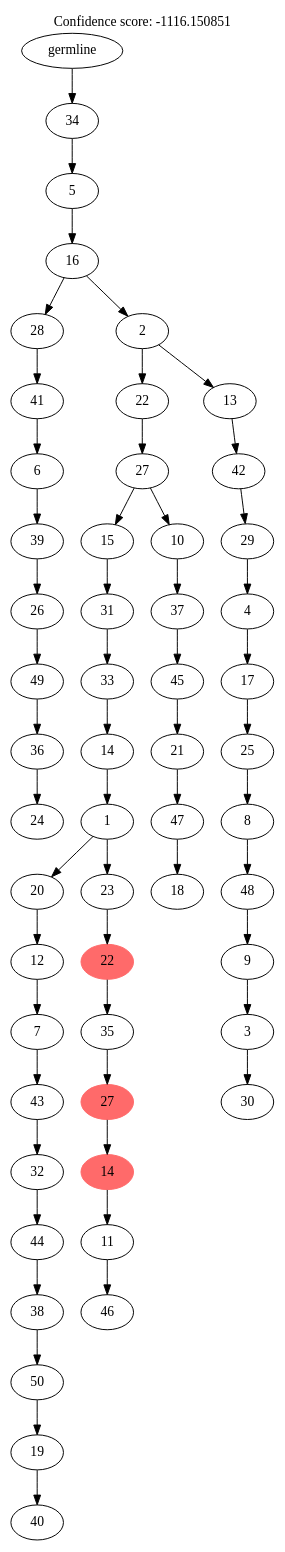
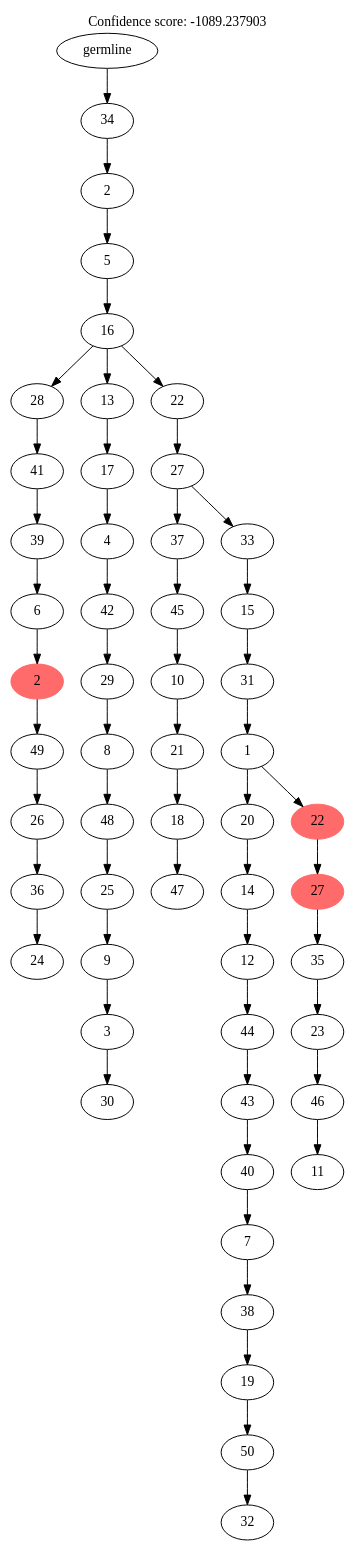
The diagram in data/exp2/sim_22_scs.sasc.mlt.gv (sciccolella/reSASC_supplements), drawn with Graphviz before and after one commit. The commit also changed 659 other files, not shown here.

```diff
--- a/data/exp2/sim_22_scs.sasc.mlt.gv
+++ b/data/exp2/sim_22_scs.sasc.mlt.gv
@@ -1,111 +1,111 @@
 digraph g {
 	"52" -> "53";
 	"53" [label="24"];
 	"51" -> "52";
 	"52" [label="36"];
 	"50" -> "51";
-	"51" [label="49"];
+	"51" [label="26"];
 	"49" -> "50";
-	"50" [label="26"];
+	"50" [label="49"];
 	"48" -> "49";
-	"49" [label="39"];
+	"49" [color=indianred1, style=filled, label="2"];
 	"47" -> "48";
 	"48" [label="6"];
 	"46" -> "47";
-	"47" [label="41"];
-	"44" -> "45";
-	"45" [label="40"];
+	"47" [label="39"];
+	"45" -> "46";
+	"46" [label="41"];
 	"43" -> "44";
-	"44" [label="19"];
+	"44" [label="30"];
 	"42" -> "43";
-	"43" [label="50"];
+	"43" [label="3"];
 	"41" -> "42";
-	"42" [label="38"];
+	"42" [label="9"];
 	"40" -> "41";
-	"41" [label="44"];
+	"41" [label="25"];
 	"39" -> "40";
-	"40" [label="32"];
+	"40" [label="48"];
 	"38" -> "39";
-	"39" [label="43"];
+	"39" [label="8"];
 	"37" -> "38";
-	"38" [label="7"];
+	"38" [label="29"];
 	"36" -> "37";
-	"37" [label="12"];
+	"37" [label="42"];
+	"35" -> "36";
+	"36" [label="4"];
 	"34" -> "35";
-	"35" [label="46"];
-	"33" -> "34";
-	"34" [label="11"];
+	"35" [label="17"];
 	"32" -> "33";
-	"33" [color=indianred1, style=filled, label="14"];
+	"33" [label="47"];
 	"31" -> "32";
-	"32" [color=indianred1, style=filled, label="27"];
+	"32" [label="18"];
 	"30" -> "31";
-	"31" [label="35"];
+	"31" [label="21"];
 	"29" -> "30";
-	"30" [color=indianred1, style=filled, label="22"];
+	"30" [label="10"];
 	"28" -> "29";
-	"29" [label="23"];
-	"28" -> "36";
-	"36" [label="20"];
-	"27" -> "28";
-	"28" [label="1"];
+	"29" [label="45"];
 	"26" -> "27";
-	"27" [label="14"];
+	"27" [label="32"];
 	"25" -> "26";
-	"26" [label="33"];
+	"26" [label="50"];
 	"24" -> "25";
-	"25" [label="31"];
+	"25" [label="19"];
+	"23" -> "24";
+	"24" [label="38"];
 	"22" -> "23";
-	"23" [label="18"];
+	"23" [label="7"];
 	"21" -> "22";
-	"22" [label="47"];
+	"22" [label="40"];
 	"20" -> "21";
-	"21" [label="21"];
+	"21" [label="43"];
 	"19" -> "20";
-	"20" [label="45"];
+	"20" [label="44"];
 	"18" -> "19";
-	"19" [label="37"];
+	"19" [label="12"];
 	"17" -> "18";
-	"18" [label="10"];
-	"17" -> "24";
-	"24" [label="15"];
-	"16" -> "17";
-	"17" [label="27"];
+	"18" [label="14"];
+	"15" -> "16";
+	"16" [label="11"];
 	"14" -> "15";
-	"15" [label="30"];
+	"15" [label="46"];
 	"13" -> "14";
-	"14" [label="3"];
+	"14" [label="23"];
 	"12" -> "13";
-	"13" [label="9"];
+	"13" [label="35"];
 	"11" -> "12";
-	"12" [label="48"];
+	"12" [color=indianred1, style=filled, label="27"];
 	"10" -> "11";
-	"11" [label="8"];
+	"11" [color=indianred1, style=filled, label="22"];
+	"10" -> "17";
+	"17" [label="20"];
 	"9" -> "10";
-	"10" [label="25"];
+	"10" [label="1"];
 	"8" -> "9";
-	"9" [label="17"];
+	"9" [label="31"];
 	"7" -> "8";
-	"8" [label="4"];
+	"8" [label="15"];
 	"6" -> "7";
-	"7" [label="29"];
+	"7" [label="33"];
+	"6" -> "28";
+	"28" [label="37"];
 	"5" -> "6";
-	"6" [label="42"];
+	"6" [label="27"];
 	"4" -> "5";
-	"5" [label="13"];
-	"4" -> "16";
-	"16" [label="22"];
+	"5" [label="22"];
+	"4" -> "34";
+	"34" [label="13"];
+	"4" -> "45";
+	"45" [label="28"];
 	"3" -> "4";
-	"4" [label="2"];
-	"3" -> "46";
-	"46" [label="28"];
+	"4" [label="16"];
 	"2" -> "3";
-	"3" [label="16"];
+	"3" [label="5"];
 	"1" -> "2";
-	"2" [label="5"];
+	"2" [label="2"];
 	"0" -> "1";
 	"1" [label="34"];
 	"0" [label="germline"];
 	labelloc="t";
-	label="Confidence score: -1116.150851";
+	label="Confidence score: -1089.237903";
 }
```
